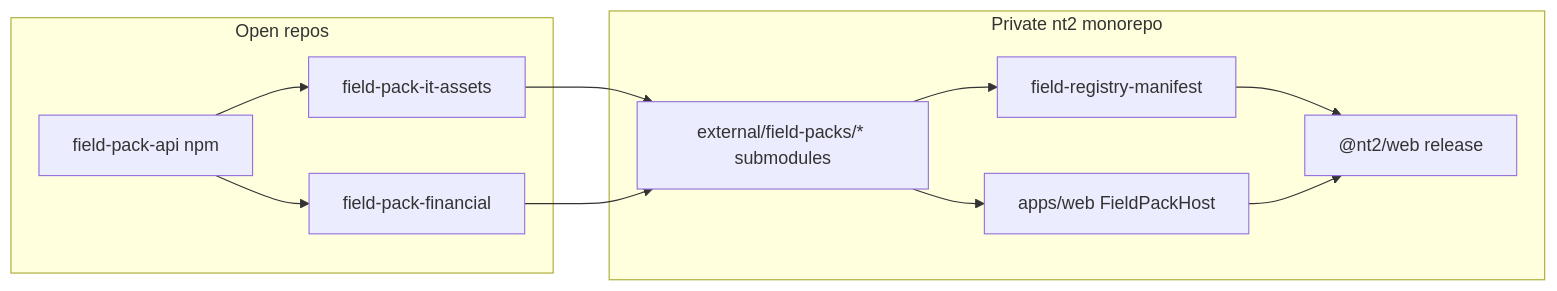
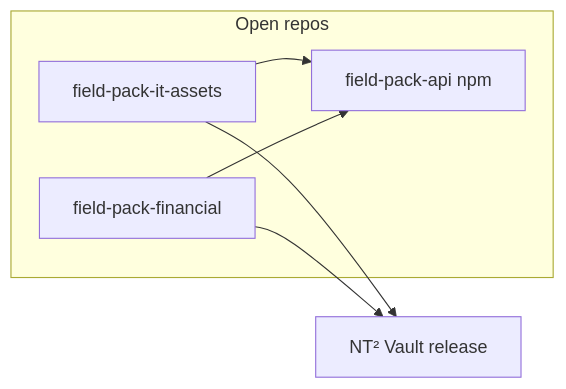
Before and after one commit to nt2-community/developer-docs: the first of 2 diagrams in content/field-packs/overview.md, drawn with Mermaid. The commit also changed other lines of this file and 9 other files, not shown here.

First line of the commit message:
Remove private monorepo references from public developer docs.

````diff
--- a/content/field-packs/overview.md
+++ b/content/field-packs/overview.md
@@ -28,22 +28,12 @@
 ```mermaid
 flowchart LR
   subgraph open["Open repos"]
     PackA["field-pack-it-assets"]
     PackB["field-pack-financial"]
     API["field-pack-api npm"]
   end
-  subgraph private["Private nt2 monorepo"]
-    Sub["external/field-packs/* submodules"]
-    Manifest["field-registry-manifest"]
-    Web["apps/web FieldPackHost"]
-    Release["@nt2/web release"]
-  end
-  PackA --> Sub
-  PackB --> Sub
-  API --> PackA
-  API --> PackB
-  Sub --> Manifest
-  Sub --> Web
-  Manifest --> Release
-  Web --> Release
+  PackA --> API
+  PackB --> API
+  PackA --> Release["NT² Vault release"]
+  PackB --> Release
 ```
````
